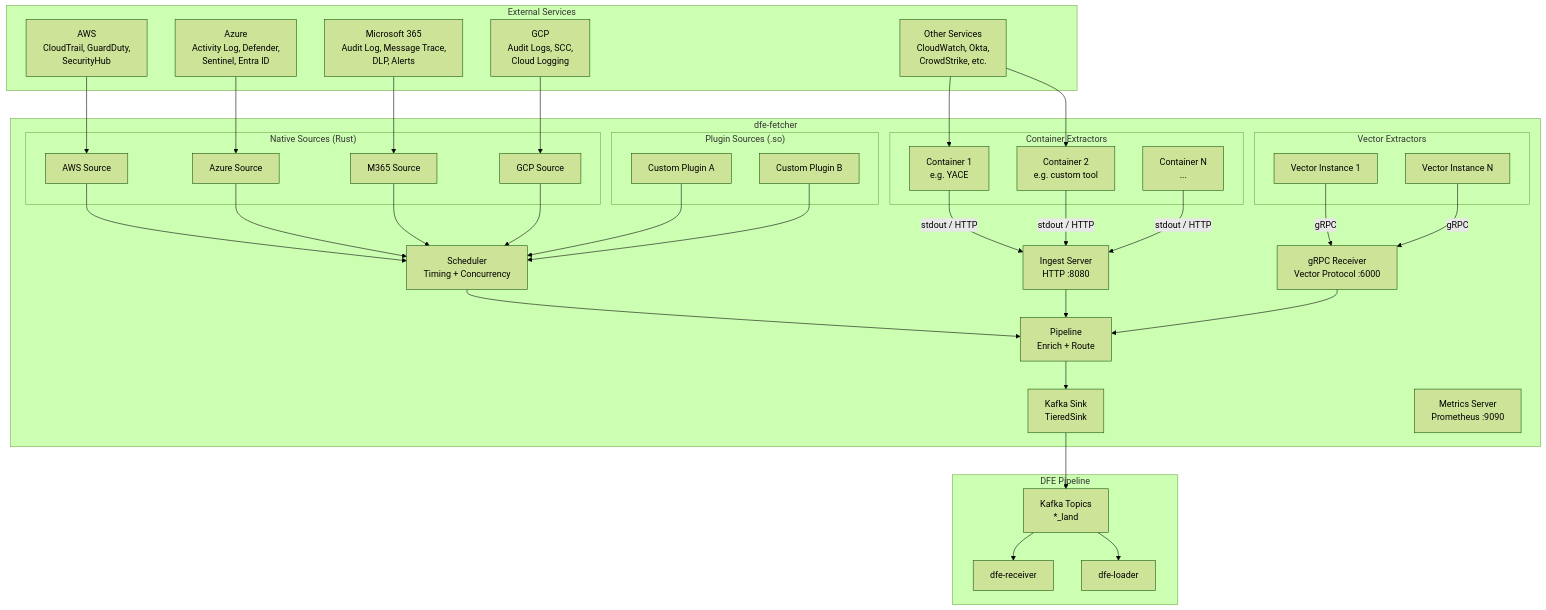
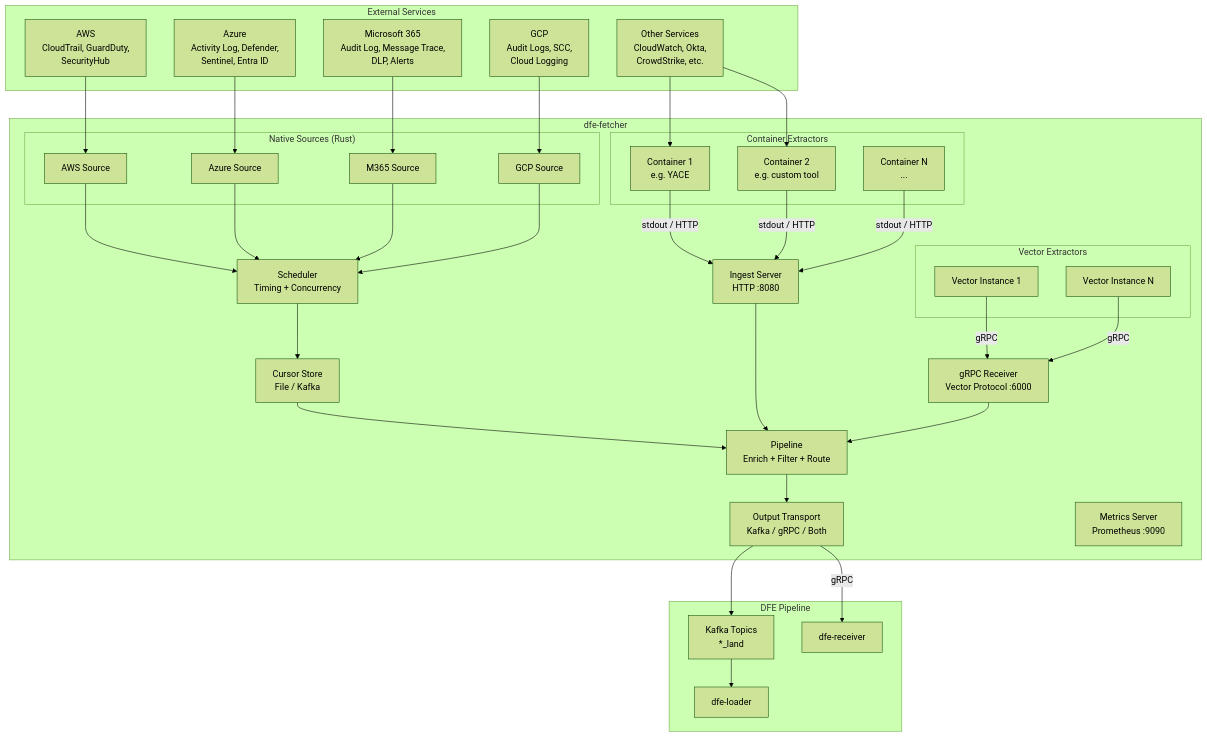
The first of 8 diagrams in docs/DESIGN.md (hyperi-io/dfe-fetcher), drawn with Mermaid (forest theme) before and after one commit. The commit also changed other lines of this file and 3 other files, not shown here.

Commit message:
docs: update architecture, config examples, and TODO for hardening

````diff
--- a/docs/DESIGN.md
+++ b/docs/DESIGN.md
@@ -9,76 +9,71 @@
 ```mermaid
 graph TB
     subgraph External Services
         AWS[AWS<br>CloudTrail, GuardDuty,<br>SecurityHub]
         Azure[Azure<br>Activity Log, Defender,<br>Sentinel, Entra ID]
         M365[Microsoft 365<br>Audit Log, Message Trace,<br>DLP, Alerts]
         GCP[GCP<br>Audit Logs, SCC,<br>Cloud Logging]
         Other[Other Services<br>CloudWatch, Okta,<br>CrowdStrike, etc.]
     end
 
     subgraph dfe-fetcher
         subgraph "Native Sources (Rust)"
             NS_AWS[AWS Source]
             NS_Azure[Azure Source]
             NS_M365[M365 Source]
             NS_GCP[GCP Source]
         end
 
-        subgraph "Plugin Sources (.so)"
-            Plugin1[Custom Plugin A]
-            Plugin2[Custom Plugin B]
-        end
-
         subgraph "Container Extractors"
             CE1[Container 1<br>e.g. YACE]
             CE2[Container 2<br>e.g. custom tool]
             CE3[Container N<br>...]
         end
 
         subgraph "Vector Extractors"
             VE1[Vector Instance 1]
             VE2[Vector Instance N]
         end
 
         Scheduler[Scheduler<br>Timing + Concurrency]
-        Pipeline[Pipeline<br>Enrich + Route]
+        CursorStore[Cursor Store<br>File / Kafka]
+        Pipeline[Pipeline<br>Enrich + Filter + Route]
         Ingest[Ingest Server<br>HTTP :8080]
         GRPC[gRPC Receiver<br>Vector Protocol :6000]
-        KafkaSink[Kafka Sink<br>TieredSink]
+        Output[Output Transport<br>Kafka / gRPC / Both]
         Metrics[Metrics Server<br>Prometheus :9090]
     end
 
     subgraph DFE Pipeline
         Kafka[Kafka Topics<br>*_land]
         Receiver[dfe-receiver]
         Loader[dfe-loader]
     end
 
     AWS --> NS_AWS
     Azure --> NS_Azure
     M365 --> NS_M365
     GCP --> NS_GCP
     Other --> CE1
     Other --> CE2
 
     NS_AWS --> Scheduler
     NS_Azure --> Scheduler
     NS_M365 --> Scheduler
     NS_GCP --> Scheduler
-    Plugin1 --> Scheduler
-    Plugin2 --> Scheduler
 
-    Scheduler --> Pipeline
+    Scheduler --> CursorStore
+    CursorStore --> Pipeline
     CE1 -->|stdout / HTTP| Ingest
     CE2 -->|stdout / HTTP| Ingest
     CE3 -->|stdout / HTTP| Ingest
     VE1 -->|gRPC| GRPC
     VE2 -->|gRPC| GRPC
     Ingest --> Pipeline
     GRPC --> Pipeline
 
-    Pipeline --> KafkaSink
-    KafkaSink --> Kafka
-    Kafka --> Receiver
+    Pipeline --> Output
+    Output --> Kafka
+    Output -->|gRPC| Receiver
     Kafka --> Loader
 ```
````
